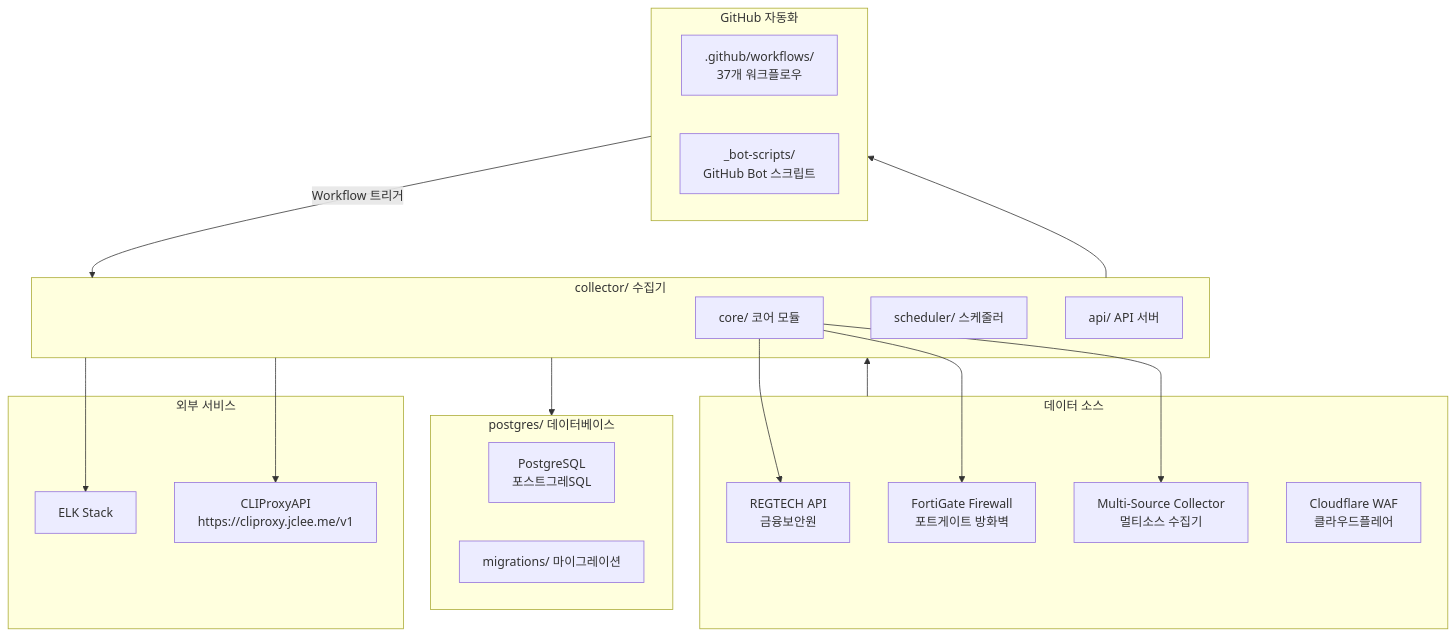
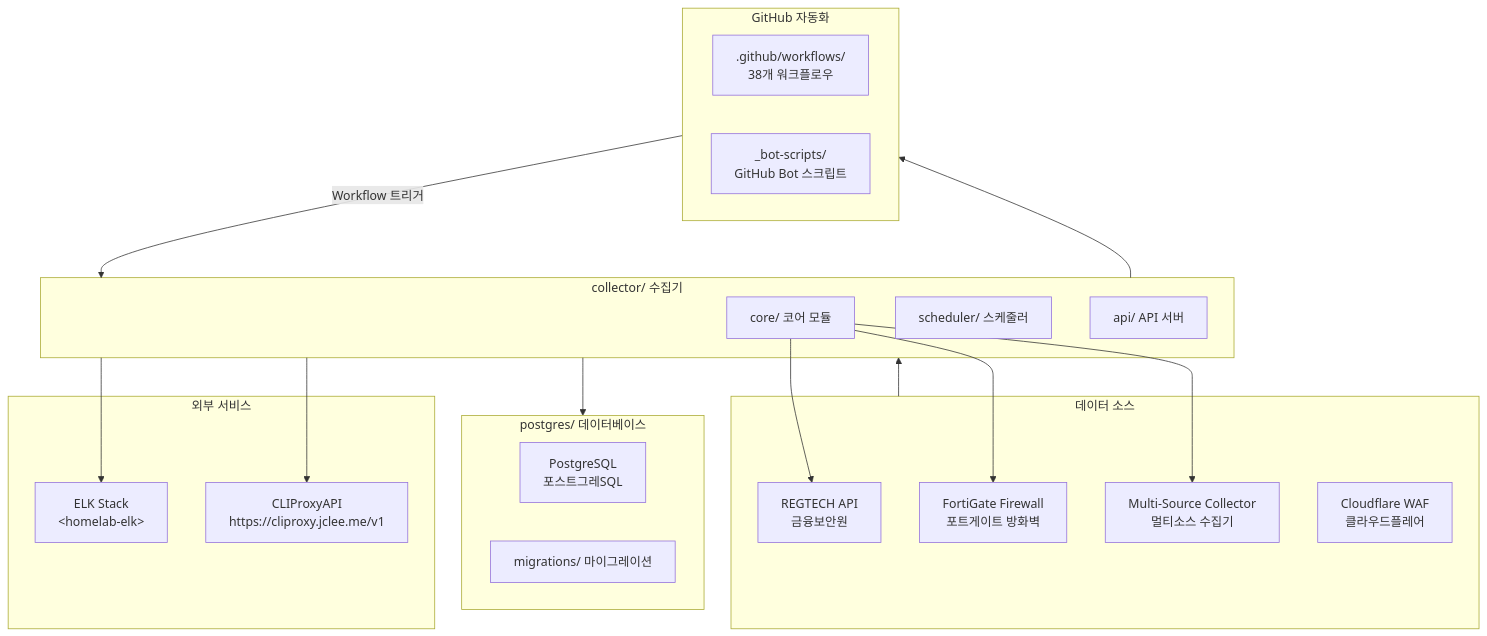
Before and after one commit to jclee941/blacklist: the first of 2 diagrams in README.md, drawn with Mermaid. The commit also changed other lines of this file, not shown here.

````diff
--- a/README.md
+++ b/README.md
@@ -25,41 +25,41 @@
 ```mermaid
 flowchart TB
     subgraph DataSources["데이터 소스"]
         REGTECH["REGTECH API<br/>금융보안원"]
         FORTIGATE["FortiGate Firewall<br/>포트게이트 방화벽"]
         MULTI["Multi-Source Collector<br/>멀티소스 수집기"]
         CLOUDFLARE["Cloudflare WAF<br/>클라우드플레어"]
     end
 
     subgraph Collector["collector/ 수집기"]
         CORE["core/ 코어 모듈"]
         SCHEDULER["scheduler/ 스케줄러"]
         API["api/ API 서버"]
         
         CORE --> FORTIGATE
         CORE --> REGTECH
         CORE --> MULTI
     end
 
     subgraph Database["postgres/ 데이터베이스"]
         PG["PostgreSQL<br/>포스트그레SQL"]
         MIGRATIONS["migrations/ 마이그레이션"]
     end
 
     subgraph GitHubAutomation["GitHub 자동화"]
-        WORKFLOWS[".github/workflows/<br/>37개 워크플로우"]
+        WORKFLOWS[".github/workflows/<br/>38개 워크플로우"]
         BOTS["_bot-scripts/<br/>GitHub Bot 스크립트"]
     end
 
     subgraph ExternalServices["외부 서비스"]
-        ELK["ELK Stack<br/><homelab-elk>"]
+        ELK["ELK Stack<br/>&lt;homelab-elk&gt;"]
         PROXY["CLIProxyAPI<br/>https://cliproxy.jclee.me/v1"]
     end
 
     DataSources --> Collector
     Collector --> Database
     Collector --> GitHubAutomation
     GitHubAutomation -->|Workflow 트리거| Collector
     Collector --> ELK
     Collector --> PROXY
 ```
````
